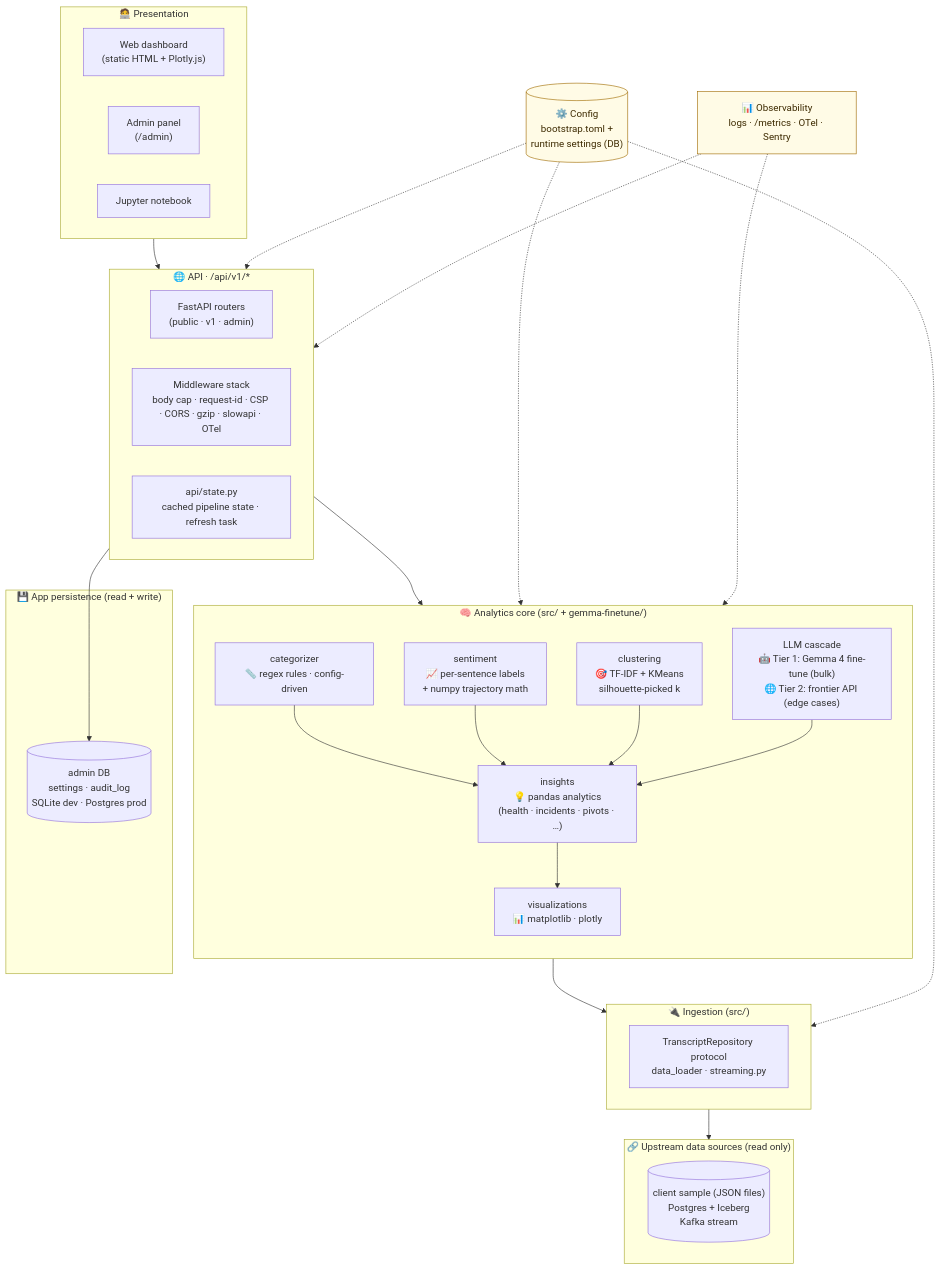
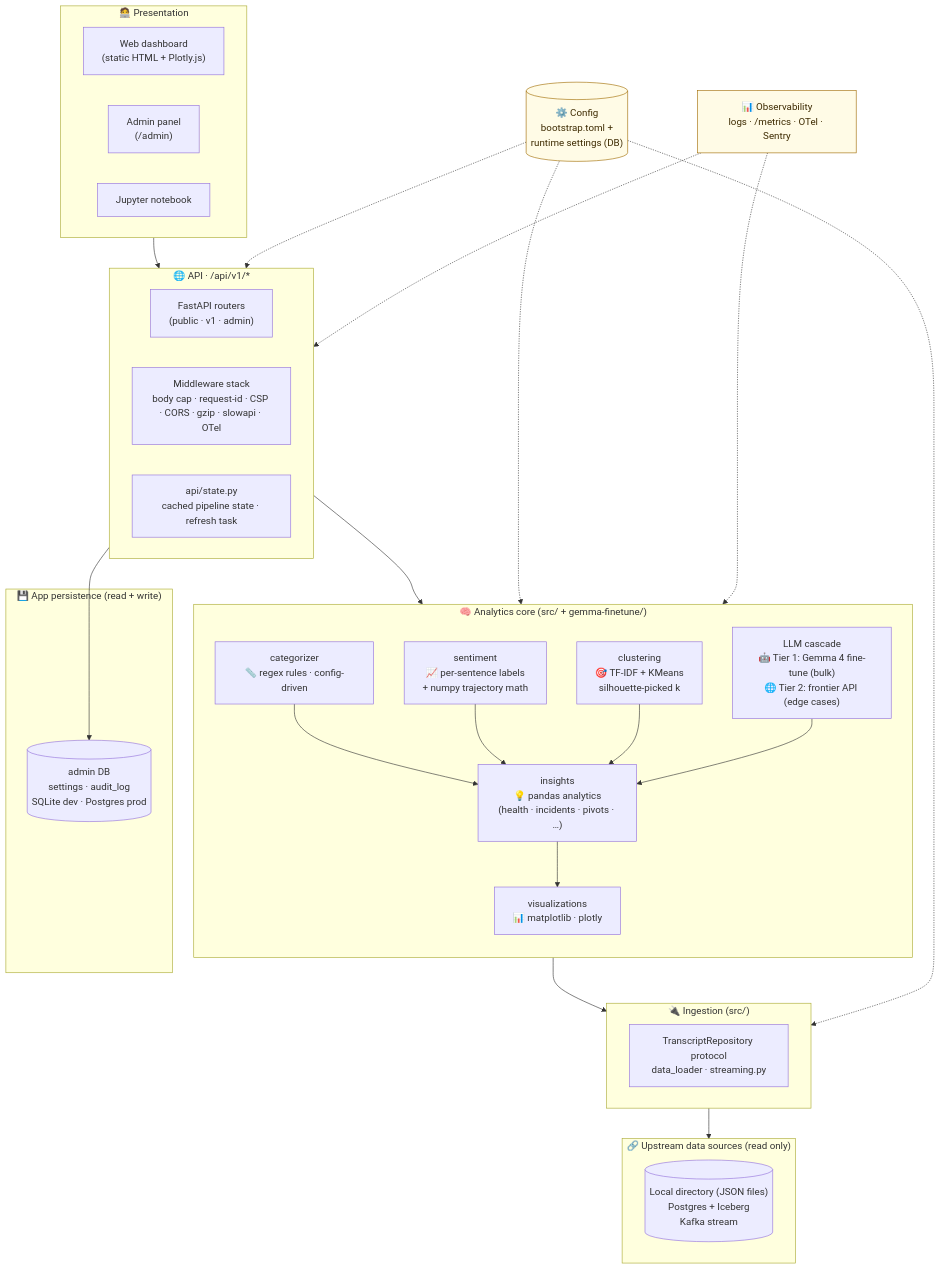
The second of 20 diagrams in docs/ARCHITECTURE.md (r2st/rubrik), drawn with Mermaid before and after one commit. The commit also changed other lines of this file and 13 other files, not shown here.

````diff
--- a/docs/ARCHITECTURE.md
+++ b/docs/ARCHITECTURE.md
@@ -102,52 +102,52 @@
 ```mermaid
 flowchart TB
     subgraph L5["🧑‍💻 Presentation"]
         UI["Web dashboard<br/>(static HTML + Plotly.js)"]
         AdminUI["Admin panel<br/>(/admin)"]
         Notebook["Jupyter notebook"]
     end
     subgraph L4["🌐 API · /api/v1/*"]
         Routes["FastAPI routers<br/>(public · v1 · admin)"]
         MW["Middleware stack<br/>body cap · request-id · CSP · CORS · gzip · slowapi · OTel"]
         State["api/state.py<br/>cached pipeline state · refresh task"]
     end
     subgraph L3["🧠 Analytics core (src/ + gemma-finetune/)"]
         direction TB
         Rules["categorizer<br/>📏 regex rules · config-driven"]
         SentS["sentiment<br/>📈 per-sentence labels<br/>+ numpy trajectory math"]
         ML["clustering<br/>🎯 TF-IDF + KMeans<br/>silhouette-picked k"]
         LLM["LLM cascade<br/>🤖 Tier 1: Gemma 4 fine-tune (bulk)<br/>🌐 Tier 2: frontier API (edge cases)"]
         InsightsB["insights<br/>💡 pandas analytics<br/>(health · incidents · pivots · …)"]
         VizB["visualizations<br/>📊 matplotlib · plotly"]
         Rules --> InsightsB
         SentS --> InsightsB
         ML --> InsightsB
         LLM --> InsightsB
         InsightsB --> VizB
     end
     subgraph L2["🔌 Ingestion (src/)"]
         IngestLayer["TranscriptRepository protocol<br/>data_loader · streaming.py"]
     end
     subgraph L1["💾 App persistence (read + write)"]
         AdminDB[("admin DB<br/>settings · audit_log<br/>SQLite dev · Postgres prod")]
     end
     subgraph Ext["🔗 Upstream data sources (read only)"]
-        DataSrc[("client sample (JSON files)<br/>Postgres + Iceberg<br/>Kafka stream")]
+        DataSrc[("Local directory (JSON files)<br/>Postgres + Iceberg<br/>Kafka stream")]
     end
 
     L5 --> L4
     L4 --> L3
     L4 --> AdminDB
     L3 --> L2
     L2 --> Ext
 
     Cfg2[("⚙️ Config<br/>bootstrap.toml +<br/>runtime settings (DB)")]:::cross
     Obs["📊 Observability<br/>logs · /metrics · OTel · Sentry"]:::cross
     Cfg2 -.-> L2
     Cfg2 -.-> L3
     Cfg2 -.-> L4
     Obs -.-> L3
     Obs -.-> L4
 
     classDef cross fill:#fffbe6,stroke:#a06b00,color:#3d2a00
 ```
````
